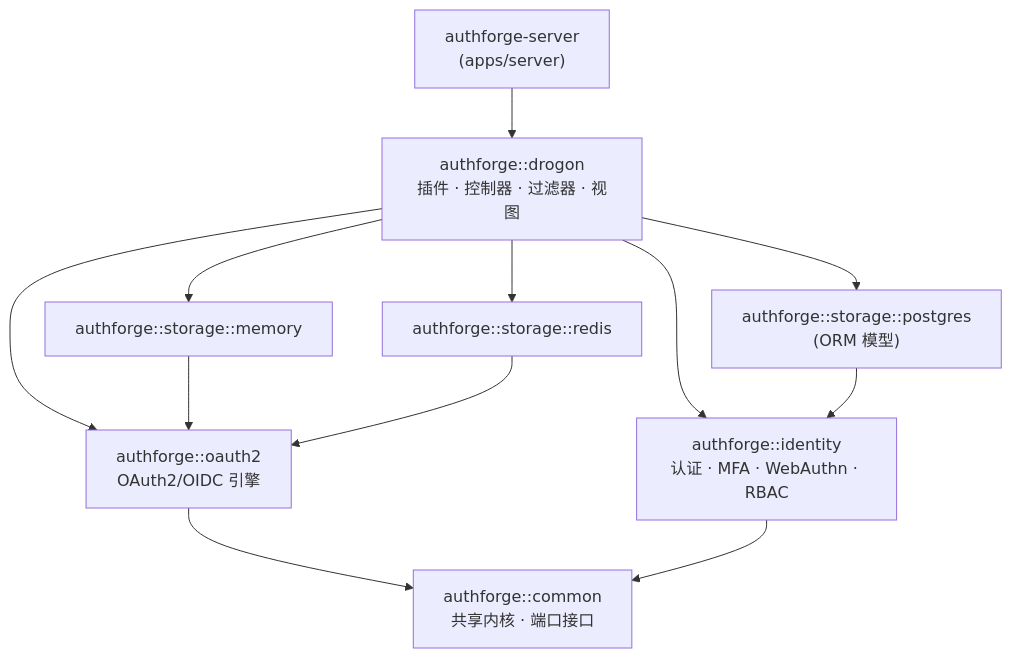
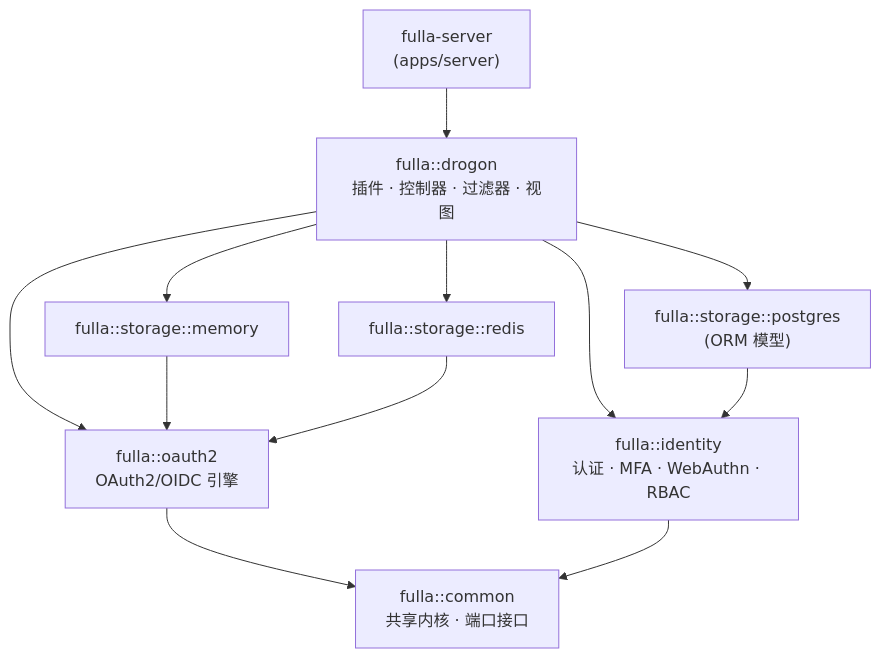
The diagram in README.zh-CN.md (VilasWang/OAuth2-plugin-example), drawn with Mermaid before and after one commit. The commit also changed other lines of this file and 1153 other files, not shown here.

````diff
--- a/README.zh-CN.md
+++ b/README.zh-CN.md
@@ -36,15 +36,15 @@
 ```mermaid
 graph TD
-    server["authforge-server<br/>(apps/server)"] --> drogon
-    drogon["authforge::drogon<br/>插件 · 控制器 · 过滤器 · 视图"] --> oauth2
+    server["fulla-server<br/>(apps/server)"] --> drogon
+    drogon["fulla::drogon<br/>插件 · 控制器 · 过滤器 · 视图"] --> oauth2
     drogon --> identity
     drogon --> memory
     drogon --> redis
     drogon --> postgres
-    memory["authforge::storage::memory"] --> oauth2
-    redis["authforge::storage::redis"] --> oauth2
-    postgres["authforge::storage::postgres<br/>(ORM 模型)"] --> identity
-    oauth2["authforge::oauth2<br/>OAuth2/OIDC 引擎"] --> common
-    identity["authforge::identity<br/>认证 · MFA · WebAuthn · RBAC"] --> common
-    common["authforge::common<br/>共享内核 · 端口接口"]
+    memory["fulla::storage::memory"] --> oauth2
+    redis["fulla::storage::redis"] --> oauth2
+    postgres["fulla::storage::postgres<br/>(ORM 模型)"] --> identity
+    oauth2["fulla::oauth2<br/>OAuth2/OIDC 引擎"] --> common
+    identity["fulla::identity<br/>认证 · MFA · WebAuthn · RBAC"] --> common
+    common["fulla::common<br/>共享内核 · 端口接口"]
 ```
````
